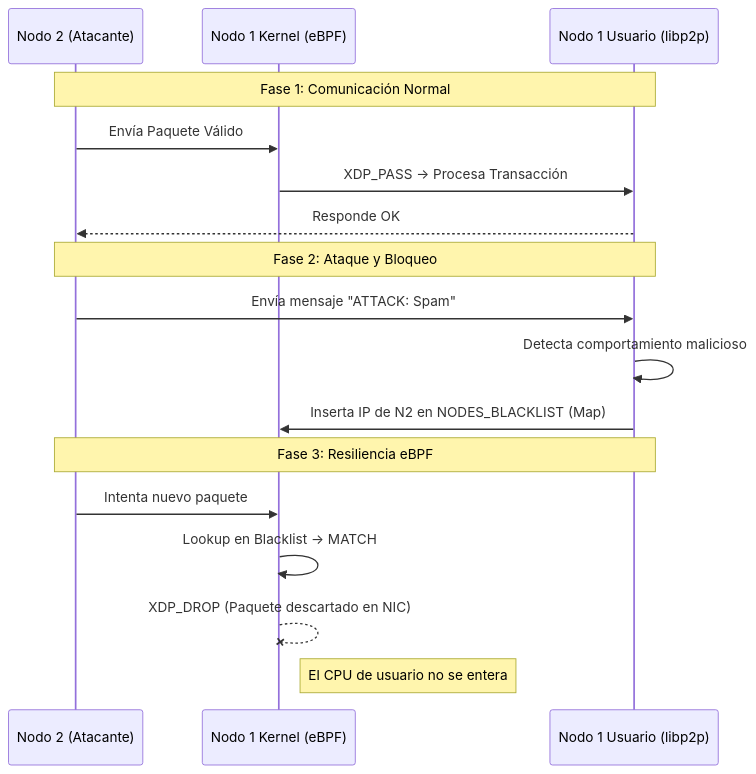
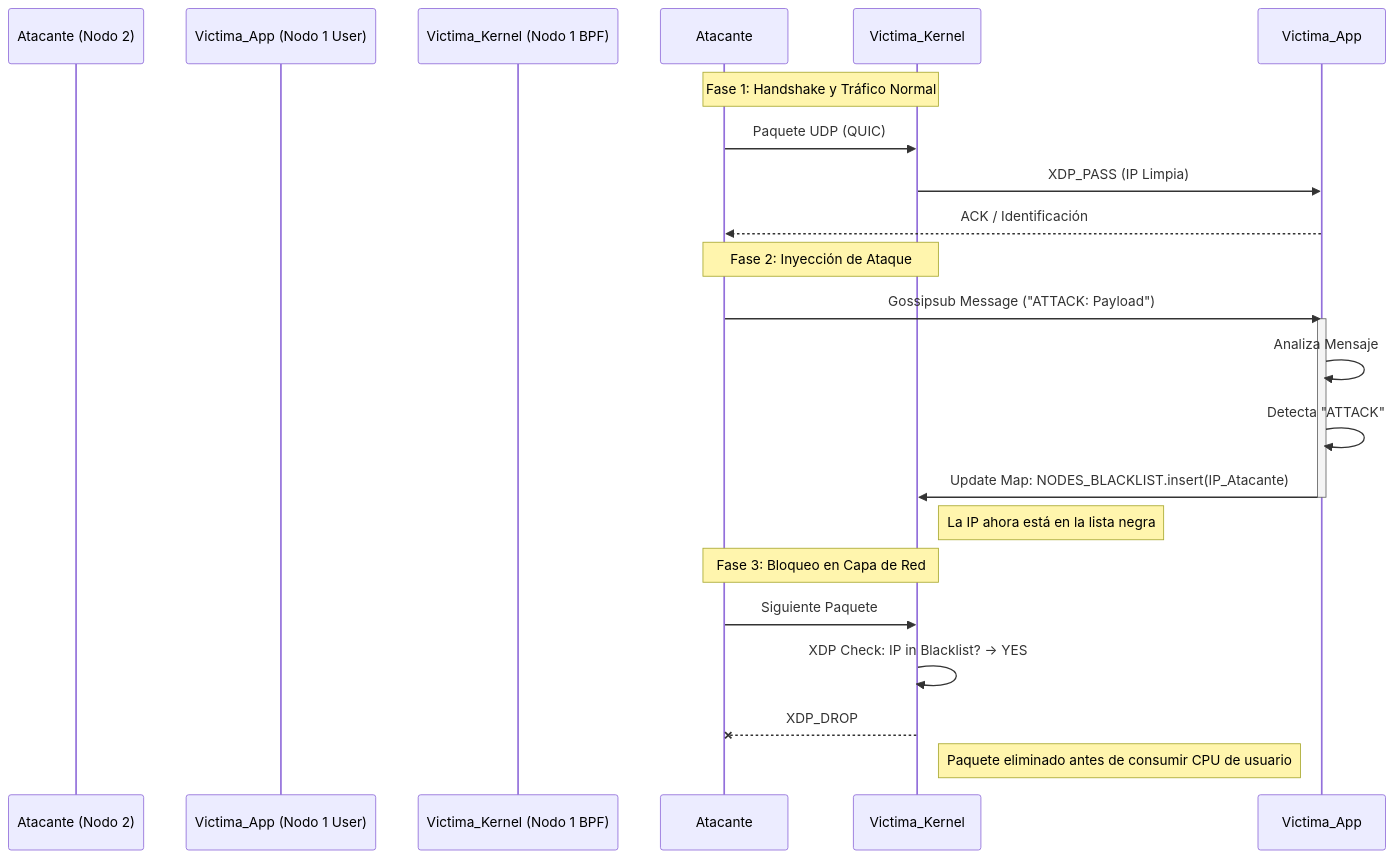
One commit to 87maxi/ebpf-blockchain changed the second of 2 diagrams in ebpf-blockchain/README.md. Above: the diagram before and after it, drawn with Mermaid. The commit also changed other lines of this file, not shown here.

````diff
--- a/ebpf-blockchain/README.md
+++ b/ebpf-blockchain/README.md
@@ -102,22 +160,26 @@
 ```mermaid
 sequenceDiagram
-    participant N2 as Nodo 2 (Atacante)
-    participant N1_K as Nodo 1 Kernel (eBPF)
-    participant N1_U as Nodo 1 Usuario (libp2p)
-
-    Note over N2, N1_U: Fase 1: Comunicación Normal
-    N2->>N1_K: Envía Paquete Válido
-    N1_K->>N1_U: XDP_PASS -> Procesa Transacción
-    N1_U-->>N2: Responde OK
-
-    Note over N2, N1_U: Fase 2: Ataque y Bloqueo
-    N2->>N1_U: Envía mensaje "ATTACK: Spam"
-    N1_U->>N1_U: Detecta comportamiento malicioso
-    N1_U->>N1_K: Inserta IP de N2 en NODES_BLACKLIST (Map)
+    participant Atacante (Nodo 2)
+    participant Victima_App (Nodo 1 User)
+    participant Victima_Kernel (Nodo 1 BPF)
     
-    Note over N2, N1_U: Fase 3: Resiliencia eBPF
-    N2->>N1_K: Intenta nuevo paquete
-    N1_K->>N1_K: Lookup en Blacklist -> MATCH
-    N1_K--xN1_K: XDP_DROP (Paquete descartado en NIC)
-    Note right of N1_K: El CPU de usuario no se entera
+    Note over Atacante, Victima_Kernel: Fase 1: Handshake y Tráfico Normal
+    Atacante->>Victima_Kernel: Paquete UDP (QUIC)
+    Victima_Kernel->>Victima_App: XDP_PASS (IP Limpia)
+    Victima_App-->>Atacante: ACK / Identificación
+    
+    Note over Atacante, Victima_Kernel: Fase 2: Inyección de Ataque
+    Atacante->>Victima_App: Gossipsub Message ("ATTACK: Payload")
+    activate Victima_App
+    Victima_App->>Victima_App: Analiza Mensaje
+    Victima_App->>Victima_App: Detecta "ATTACK"
+    Victima_App->>Victima_Kernel: Update Map: NODES_BLACKLIST.insert(IP_Atacante)
+    deactivate Victima_App
+    Note right of Victima_Kernel: La IP ahora está en la lista negra
+    
+    Note over Atacante, Victima_Kernel: Fase 3: Bloqueo en Capa de Red
+    Atacante->>Victima_Kernel: Siguiente Paquete
+    Victima_Kernel->>Victima_Kernel: XDP Check: IP in Blacklist? -> YES
+    Victima_Kernel--XAtacante: XDP_DROP
+    Note right of Victima_Kernel: Paquete eliminado antes de consumir CPU de usuario
 ```
````
